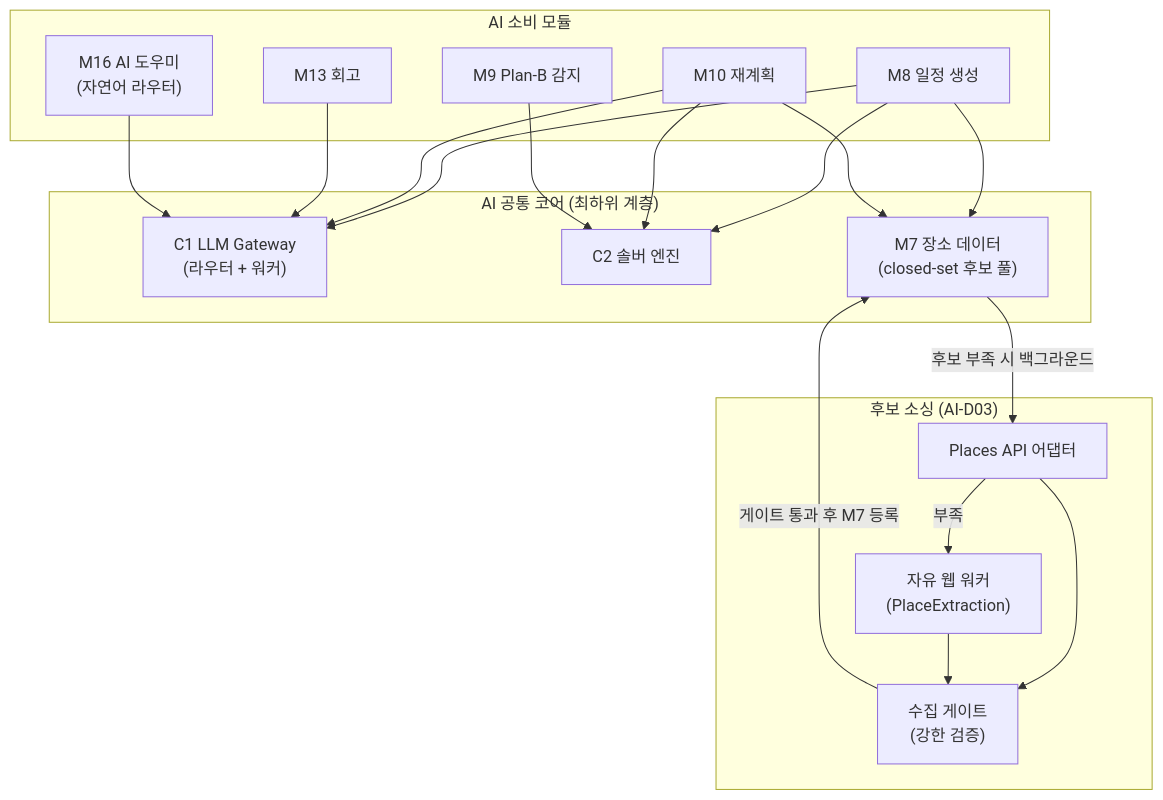
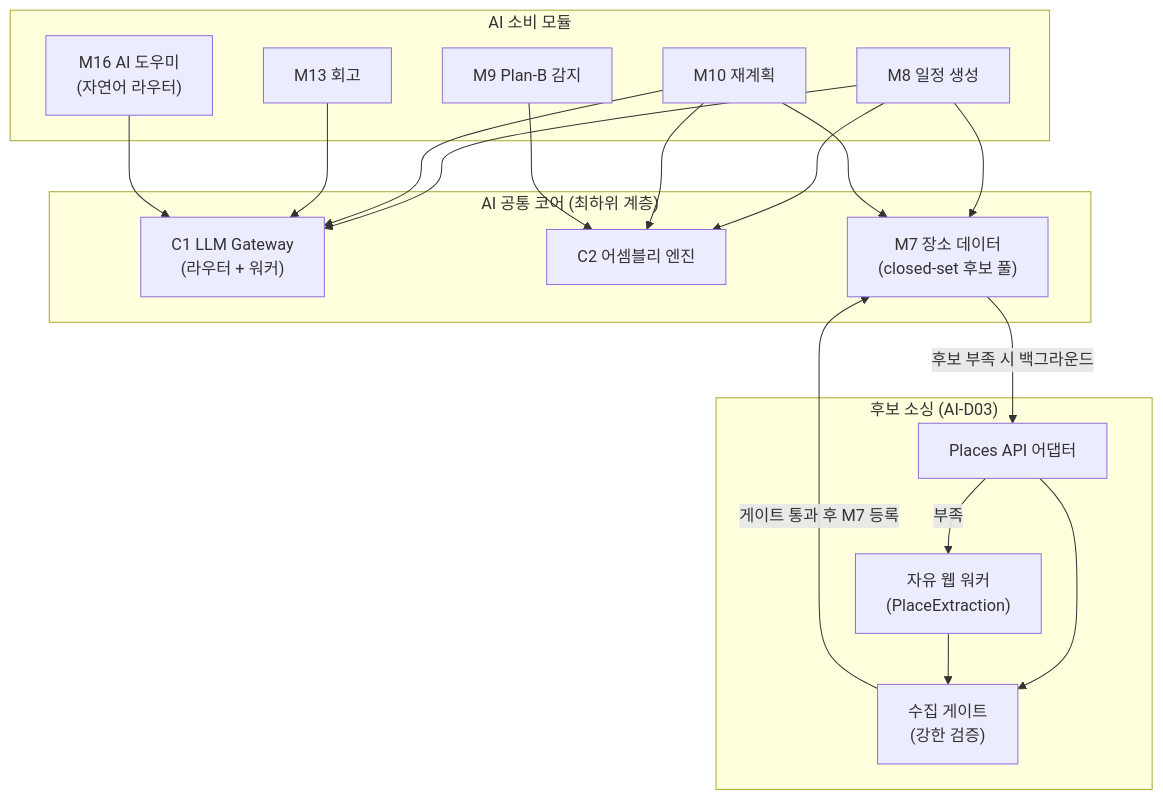
One commit to ASM-TripPilot/trippilot changed the second of 3 diagrams in ai/aidlc-docs/inception/design-artifacts/ai-architecture.md. Above: the diagram before and after it, drawn with Mermaid. The commit also changed other lines of this file and 148 other files, not shown here.

````diff
--- a/ai/aidlc-docs/inception/design-artifacts/ai-architecture.md
+++ b/ai/aidlc-docs/inception/design-artifacts/ai-architecture.md
@@ -99,31 +99,31 @@
 ```mermaid
 flowchart TD
     subgraph 소비["AI 소비 모듈"]
         M8["M8 일정 생성"]
         M10["M10 재계획"]
         M13["M13 회고"]
         M9["M9 Plan-B 감지"]
         M16["M16 AI 도우미\n(자연어 라우터)"]
     end
     subgraph 공통["AI 공통 코어 (최하위 계층)"]
         C1["C1 LLM Gateway\n(라우터 + 워커)"]
-        C2["C2 솔버 엔진"]
+        C2["C2 어셈블리 엔진"]
         M7["M7 장소 데이터\n(closed-set 후보 풀)"]
     end
     subgraph 소싱["후보 소싱 (AI-D03)"]
         PA["Places API 어댑터"]
         WW["자유 웹 워커\n(PlaceExtraction)"]
         GW["수집 게이트\n(강한 검증)"]
     end
 
     M8 --> C1 & C2 & M7
     M10 --> C1 & C2 & M7
     M13 --> C1
     M9 --> C2
     M16 --> C1
 
     M7 -->|"후보 부족 시 백그라운드"| PA
     PA -->|"부족"| WW
     PA & WW --> GW
     GW -->|"게이트 통과 후 M7 등록"| M7
 ```
````
